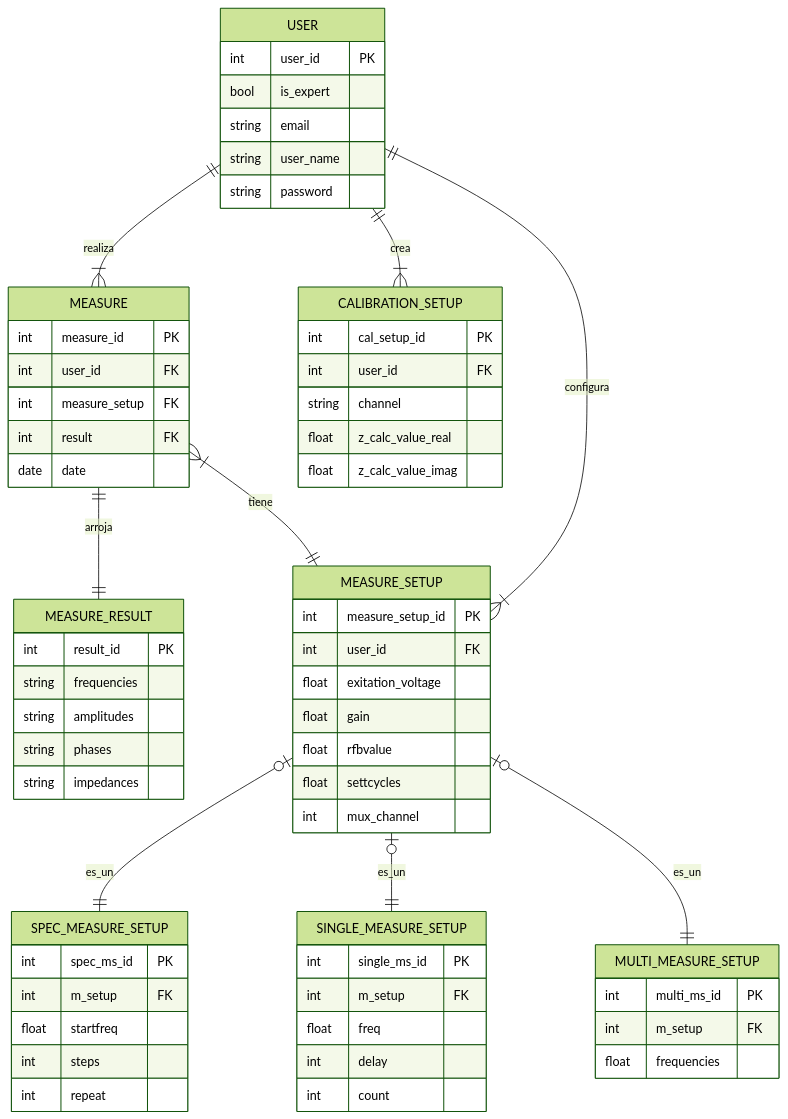
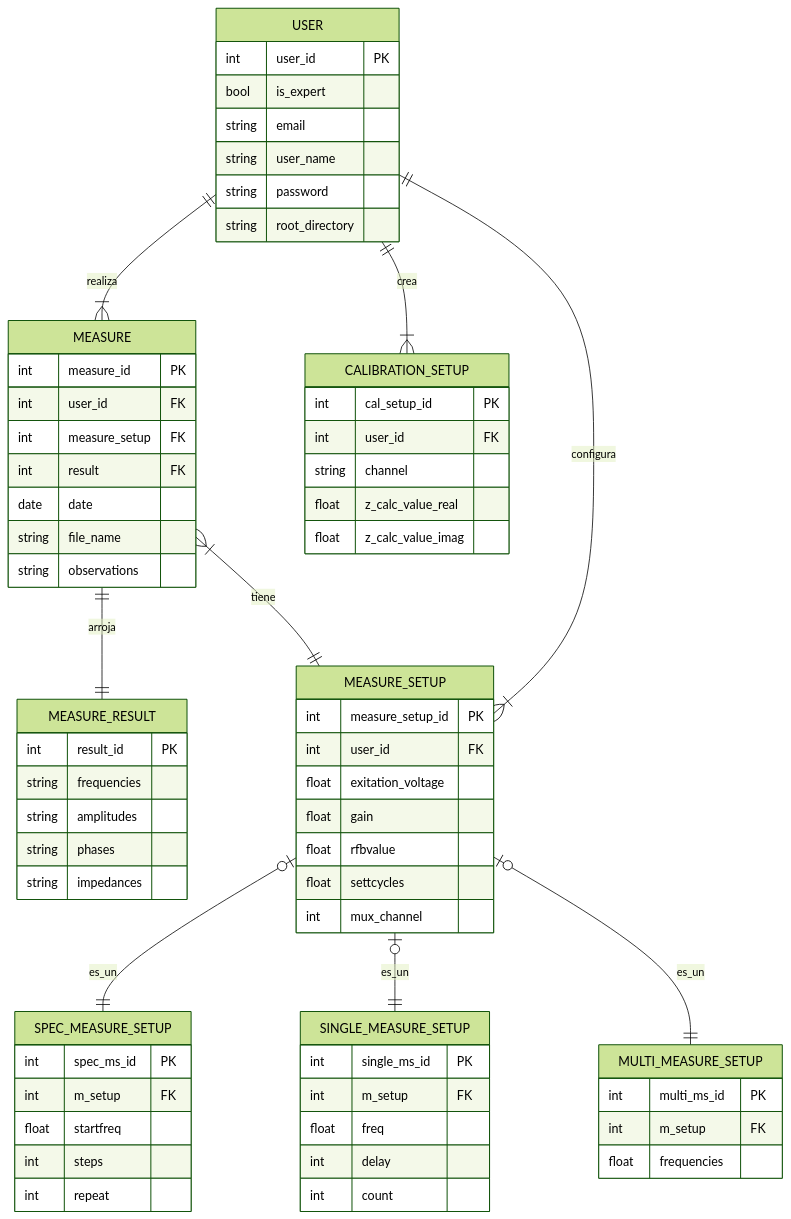
Before and after one commit to alegrelias/Repo-GMini: the fourth of 4 diagrams in Gmini-MarkDown/Diseño de base de datos.md, drawn with Mermaid (forest theme). The commit also changed 1 other file, not shown here.

Commit message:
Se modifican atributos de las entidades en el DER

```diff
--- a/Gmini-MarkDown/Diseño de base de datos.md
+++ b/Gmini-MarkDown/Diseño de base de datos.md
@@ -37,6 +37,7 @@
 	string email
 	string user_name
 	string password
+	string root_directory
 }
 
 CALIBRATION_SETUP{
@@ -53,6 +54,8 @@
 	int measure_setup FK
 	int result FK
 	date date
+	string file_name
+	string observations
 }
 
 MEASURE_RESULT{
```
